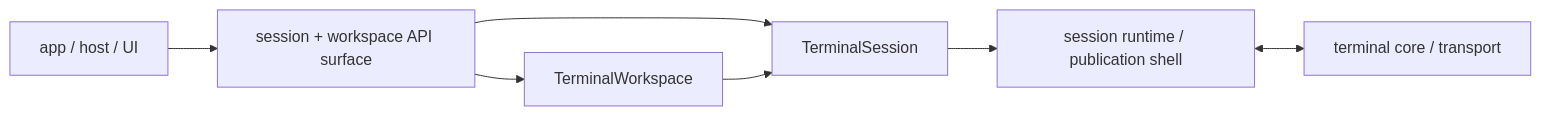
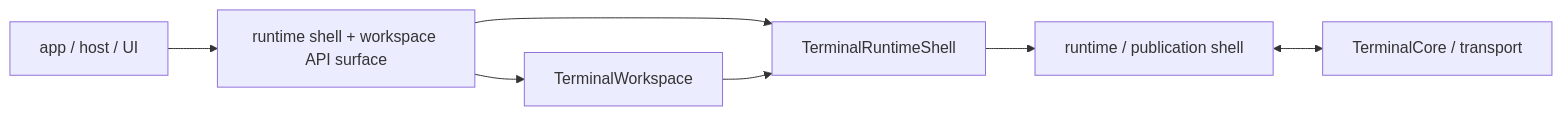
Before and after one commit to LaurenceGuws/Zide: the first of 3 diagrams in app_architecture/terminal/TERMINAL_API.md, drawn with Mermaid. The commit also changed other lines of this file and 5 other files, not shown here.

````diff
--- a/app_architecture/terminal/TERMINAL_API.md
+++ b/app_architecture/terminal/TERMINAL_API.md
@@ -33,9 +33,9 @@
 ```mermaid
 flowchart LR
-    Host[app / host / UI] --> API[session + workspace API surface]
-    API --> Session[TerminalSession]
+    Host[app / host / UI] --> API[runtime shell + workspace API surface]
+    API --> Session[TerminalRuntimeShell]
     API --> Workspace[TerminalWorkspace]
-    Session --> Runtime[session runtime / publication shell]
-    Runtime <--> Core[terminal core / transport]
+    Session --> Runtime[runtime / publication shell]
+    Runtime <--> Core[TerminalCore / transport]
     Workspace --> Session
 ```
````
